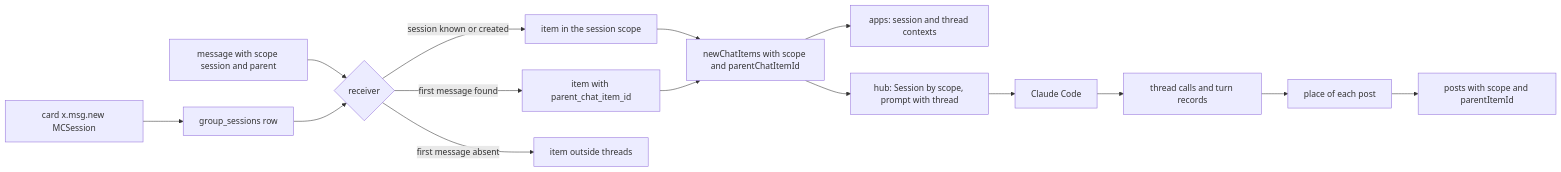
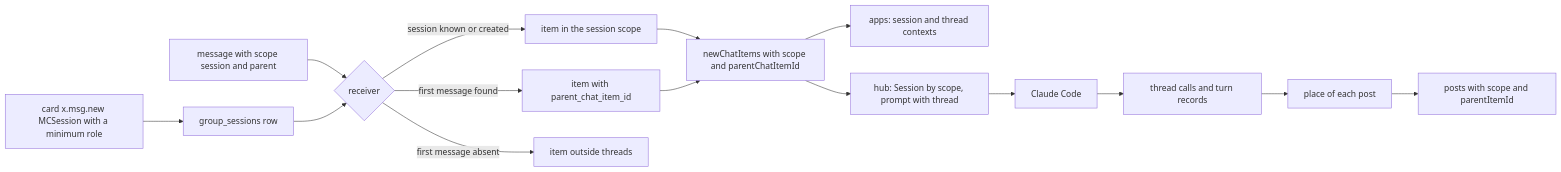
Before and after one commit to evgeny-simplex/simplex-chat: the fourth of 5 diagrams in plans/2026-11-13-mcp-threads.md, drawn with Mermaid. The commit also changed other lines of this file, not shown here.

Commit message:
plan: mcp-threads, role-based sessions, subagent mapping options

````diff
--- a/plans/2026-11-13-mcp-threads.md
+++ b/plans/2026-11-13-mcp-threads.md
@@ -388,17 +403,17 @@
 ```mermaid
 flowchart LR
-  CD[card x.msg.new MCSession] --> SS[group_sessions row]
+  CD[card x.msg.new MCSession with a minimum role] --> SS[group_sessions row]
   M[message with scope session and parent] --> RC{receiver}
   SS --> RC
   RC -- session known or created --> SC[item in the session scope]
   RC -- first message found --> TH[item with parent_chat_item_id]
   RC -- first message absent --> OT[item outside threads]
   SC --> EV[newChatItems with scope and parentChatItemId]
   TH --> EV
   EV --> AP[apps: session and thread contexts]
   EV --> HB[hub: Session by scope, prompt with thread]
   HB --> CC[Claude Code]
   CC --> TC[thread calls and turn records]
   TC --> PL[place of each post]
   PL --> PS[posts with scope and parentItemId]
 ```
````
